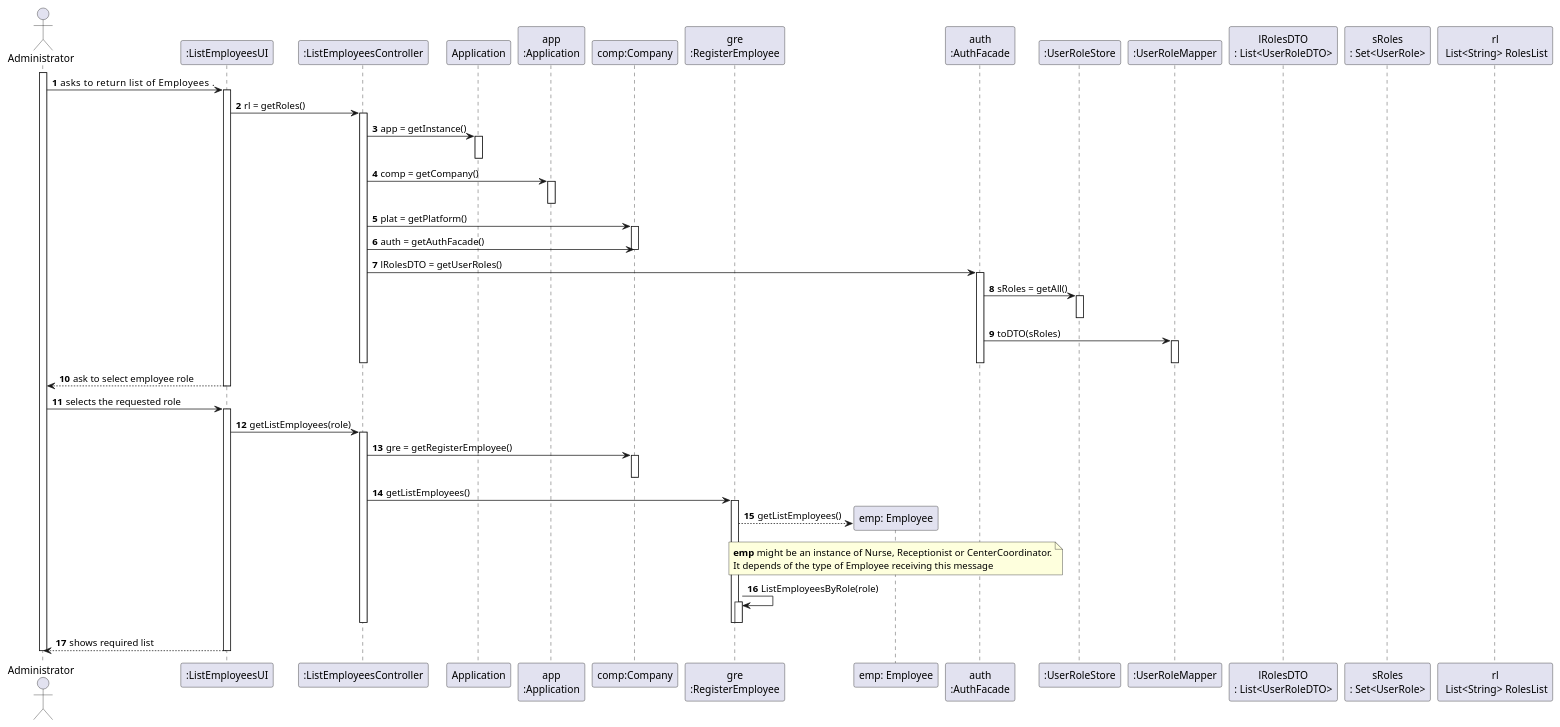
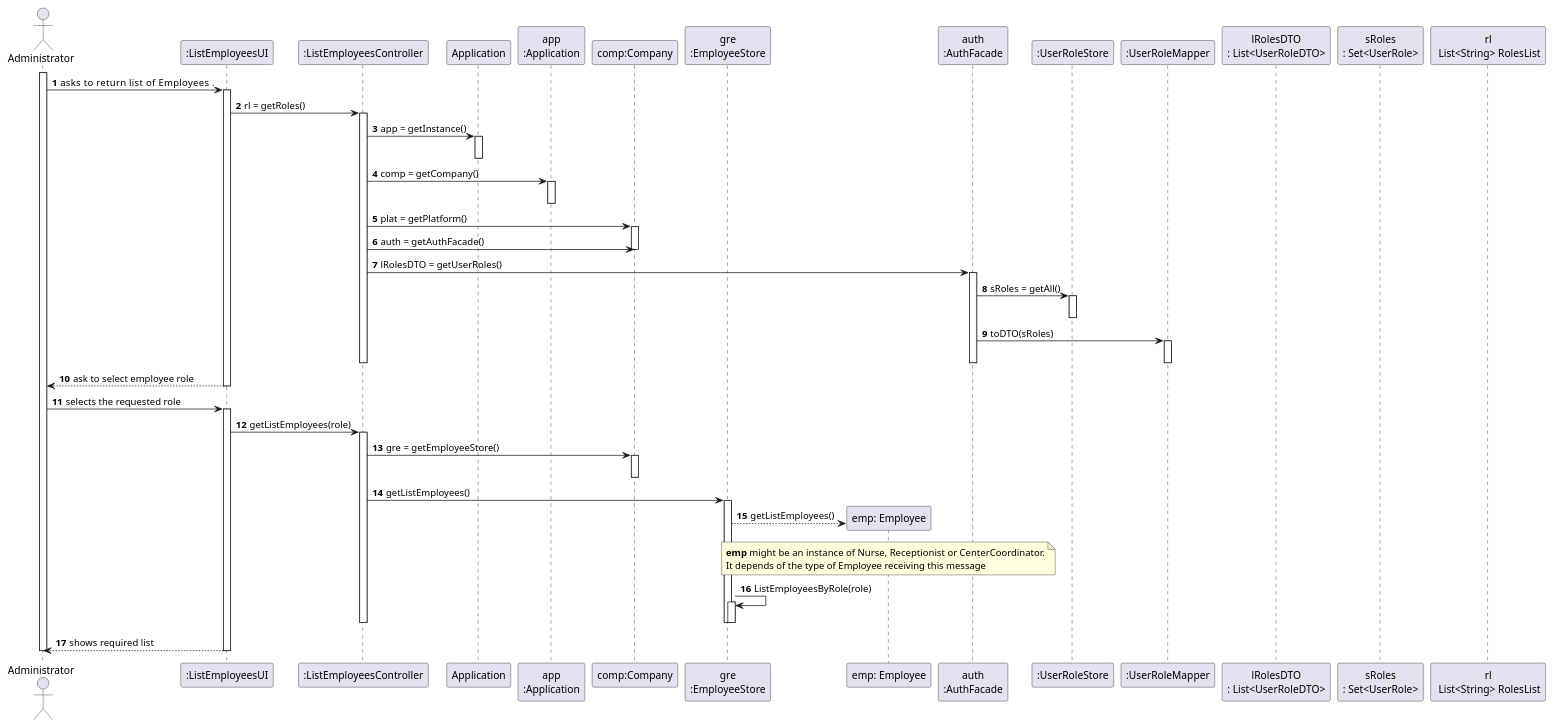
The diagram in docs/SprintB/UserStories/US11/US11_SD.puml (diogonapoles/isep-lapr2), drawn with PlantUML before and after one commit. The commit also changed 4 other files, not shown here.

```diff
--- a/docs/SprintB/UserStories/US11/US11_SD.puml
+++ b/docs/SprintB/UserStories/US11/US11_SD.puml
@@ -1,103 +1,103 @@
 @startuml
 autonumber
 actor "Administrator" as ADM
 
 
 participant ":ListEmployeesUI" as UI
 participant ":ListEmployeesController" as CTRL
 participant ":ListEmployeesUI" as UI
 participant ":ListEmployeesController" as CTRL
 participant "Application" as APP
 participant "app\n:Application" as App
 participant "comp:Company" as COMP
-participant "gre\n:RegisterEmployee" as RE
+participant "gre\n:EmployeeStore" as ES
 participant "emp: Employee" as EMP
 participant "auth\n:AuthFacade" as AF
 participant ":UserRoleStore" as URS
 participant ":UserRoleMapper" as URM
 participant "lRolesDTO\n: List<UserRoleDTO>" as lRDTO
 participant "sRoles\n: Set<UserRole>" as SR
 participant "rl\n List<String> RolesList" as rl
 
 
 activate ADM
 
 ADM -> UI : asks to return list of Employees     .
 activate UI
 
 UI -> CTRL : rl = getRoles()
 activate CTRL
 
 CTRL -> APP : app = getInstance()
 activate APP
 deactivate APP
 
 CTRL -> App : comp = getCompany()
 activate App
 deactivate App
 
 CTRL -> COMP : plat = getPlatform()
 activate COMP
 
 CTRL -> COMP: auth = getAuthFacade()
 deactivate COMP
 
 CTRL -> AF : lRolesDTO = getUserRoles()
 activate AF
 
 AF -> URS : sRoles = getAll()
 activate URS
 deactivate URS
 
 AF -> URM :  toDTO(sRoles)
 activate URM
 
 deactivate URM
 deactivate AF
 deactivate CTRL
 
 UI --> ADM : ask to select employee role
 deactivate UI
 
 
 
 ADM -> UI : selects the requested role
 activate UI
 
 
 
 UI -> CTRL : getListEmployees(role)
 activate CTRL
 
-CTRL -> COMP : gre = getRegisterEmployee()
+CTRL -> COMP : gre = getEmployeeStore()
 activate COMP
 deactivate COMP
 
-CTRL -> RE : getListEmployees()
-activate RE
+CTRL -> ES : getListEmployees()
+activate ES
 
 
-RE --> EMP** : getListEmployees()
+ES --> EMP** : getListEmployees()
 note over EMP : **emp** might be an instance of Nurse, Receptionist or CenterCoordinator.\nIt depends of the type of Employee receiving this message
 
 
-RE -> RE : ListEmployeesByRole(role)
-activate RE
-deactivate RE
-deactivate RE
+ES -> ES : ListEmployeesByRole(role)
+activate ES
+deactivate ES
+deactivate ES
 
 
 
 
 
 deactivate CTRL
-deactivate RE
+deactivate ES
 
 UI --> ADM : shows required list
 deactivate UI
 
 
 
 deactivate ADM
 
 @enduml
```
